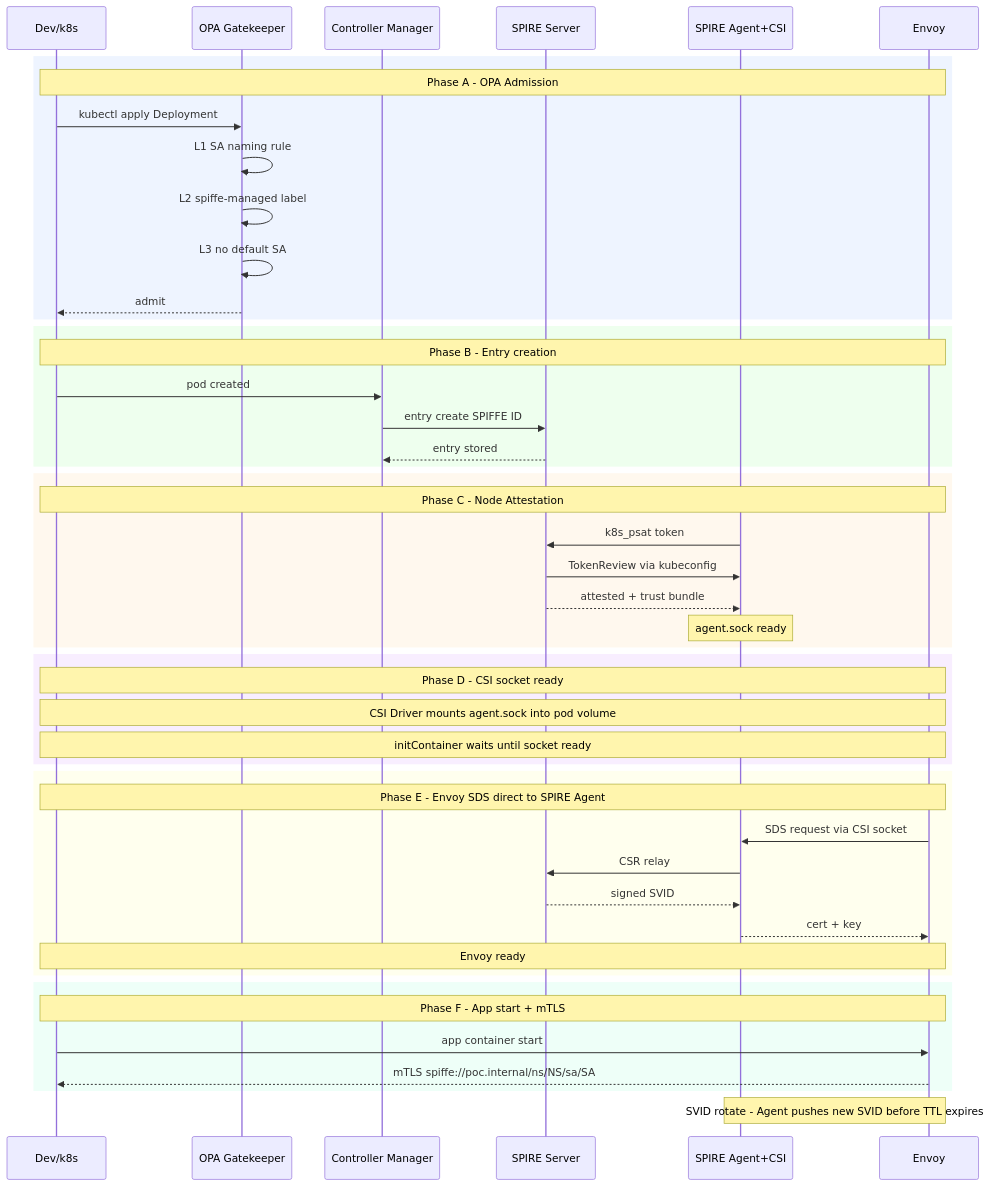
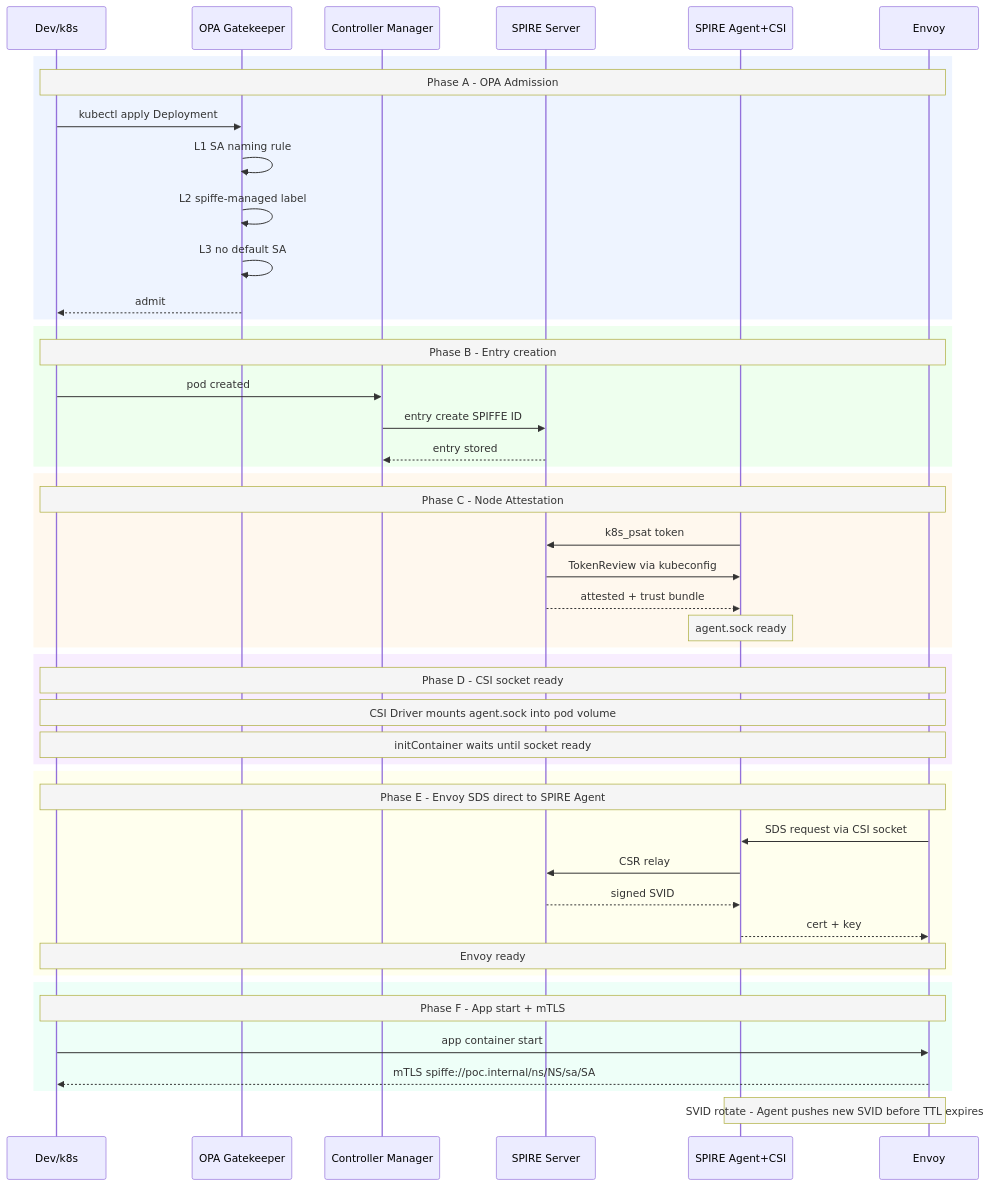
The diagram in docs/spire-istio-poc-summary.md (benchen149/kind-spire-istio-poc), drawn with Mermaid before and after one commit.

Commit message:
docs: add Mermaid theme init to improve contrast on dark background

````diff
--- a/docs/spire-istio-poc-summary.md
+++ b/docs/spire-istio-poc-summary.md
@@ -99,56 +99,57 @@
 ```mermaid
+%%{init: {'theme': 'default', 'themeVariables': {'noteBkgColor': '#f5f5f5', 'noteTextColor': '#333', 'activationBkgColor': '#e8e8e8'}}}%%
 sequenceDiagram
     participant Dev as Dev/k8s
     participant OPA as OPA Gatekeeper
     participant CM  as Controller Manager
     participant SS  as SPIRE Server
     participant SA  as SPIRE Agent+CSI
     participant EN  as Envoy
 
     rect rgb(238, 244, 255)
         Note over Dev,EN: Phase A - OPA Admission
         Dev->>OPA: kubectl apply Deployment
         OPA->>OPA: L1 SA naming rule
         OPA->>OPA: L2 spiffe-managed label
         OPA->>OPA: L3 no default SA
         OPA-->>Dev: admit
     end
 
     rect rgb(238, 255, 238)
         Note over Dev,EN: Phase B - Entry creation
         Dev->>CM: pod created
         CM->>SS: entry create SPIFFE ID
         SS-->>CM: entry stored
     end
 
     rect rgb(255, 248, 238)
         Note over Dev,EN: Phase C - Node Attestation
         SA->>SS: k8s_psat token
         SS->>SA: TokenReview via kubeconfig
         SS-->>SA: attested + trust bundle
         Note over SA: agent.sock ready
     end
 
     rect rgb(248, 238, 255)
         Note over Dev,EN: Phase D - CSI socket ready
         Note over Dev,EN: CSI Driver mounts agent.sock into pod volume
         Note over Dev,EN: initContainer waits until socket ready
     end
 
     rect rgb(255, 255, 238)
         Note over Dev,EN: Phase E - Envoy SDS direct to SPIRE Agent
         EN->>SA: SDS request via CSI socket
         SA->>SS: CSR relay
         SS-->>SA: signed SVID
         SA-->>EN: cert + key
         Note over Dev,EN: Envoy ready
     end
 
     rect rgb(238, 255, 248)
         Note over Dev,EN: Phase F - App start + mTLS
         Dev->>EN: app container start
         EN-->>Dev: mTLS spiffe://poc.internal/ns/NS/sa/SA
     end
 
     Note over SA,EN: SVID rotate - Agent pushes new SVID before TTL expires
 ```
````
